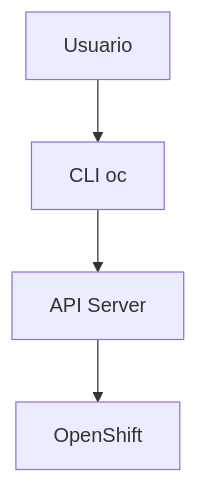
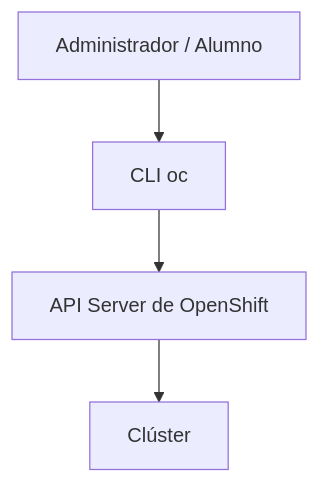
One commit to ieftraining/curso-openshift changed the first of 8 diagrams in docs/sesion1/1.7 cliente oc.md. Above: the diagram before and after it, drawn with Mermaid. The commit also changed other lines of this file, not shown here.

````diff
--- a/docs/sesion1/1.7 cliente oc.md
+++ b/docs/sesion1/1.7 cliente oc.md
@@ -20,7 +24,7 @@
 ```mermaid
 flowchart TD
-    A[Usuario]
+    A[Administrador / Alumno]
     --> B[CLI oc]
-    --> C[API Server]
-    --> D[OpenShift]
+    --> C[API Server de OpenShift]
+    --> D[Clúster]
 ```
````
